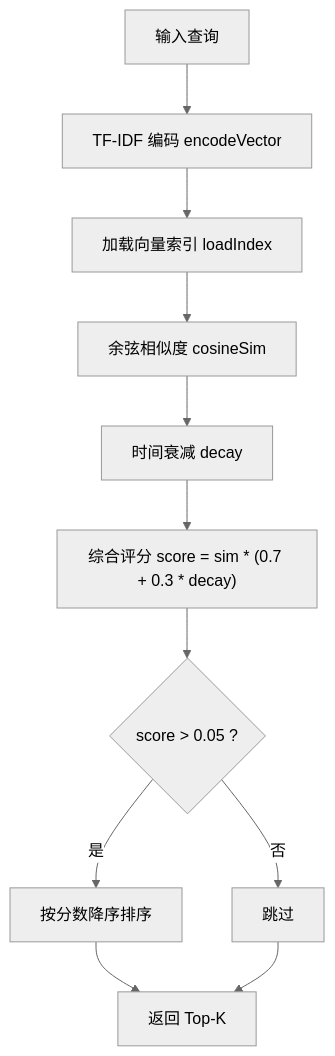
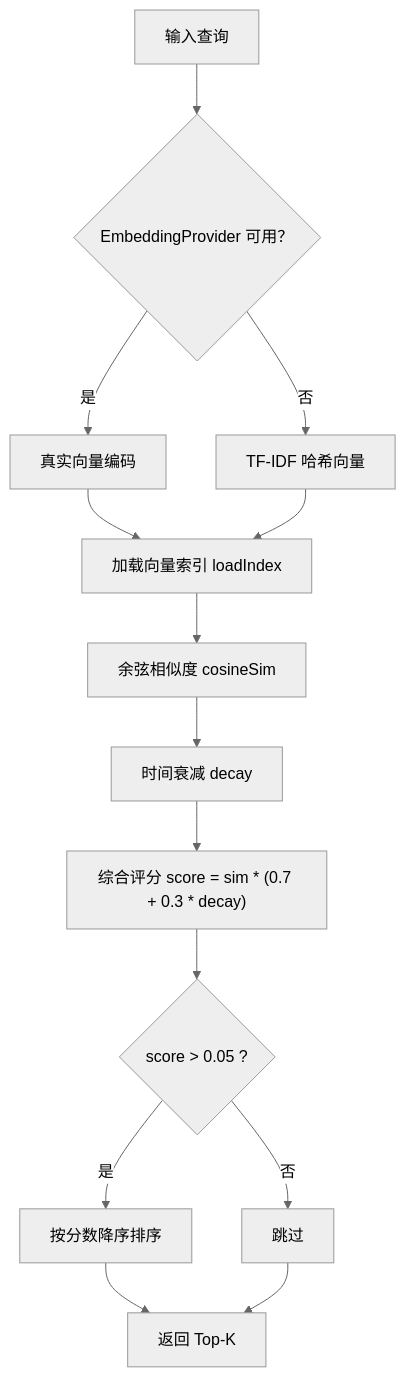
Before and after one commit to sofate798/KodrixCode: the fourth of 8 diagrams in .qoder/repowiki/zh/content/架构设计/代码库智能架构/代码库查询系统.md, drawn with Mermaid (neutral theme). The commit also changed other lines of this file and 4 other files, not shown here.

````diff
--- a/.qoder/repowiki/zh/content/架构设计/代码库智能架构/代码库查询系统.md
+++ b/.qoder/repowiki/zh/content/架构设计/代码库智能架构/代码库查询系统.md
@@ -204,13 +216,16 @@
 ```mermaid
 flowchart TD
-VStart["输入查询"] --> Encode["TF-IDF 编码 encodeVector"]
-Encode --> LoadIdx["加载向量索引 loadIndex"]
+VStart["输入查询"] --> CheckProvider{"EmbeddingProvider 可用？"}
+CheckProvider --> |是| RealEmbed["真实向量编码"]
+CheckProvider --> |否| TfidfEmbed["TF-IDF 哈希向量"]
+RealEmbed --> LoadIdx["加载向量索引 loadIndex"]
+TfidfEmbed --> LoadIdx
 LoadIdx --> Calc["余弦相似度 cosineSim"]
 Calc --> Decay["时间衰减 decay"]
 Decay --> Score["综合评分 score = sim * (0.7 + 0.3 * decay)"]
 Score --> Filter{"score > 0.05 ?"}
 Filter --> |是| Sort["按分数降序排序"]
 Filter --> |否| Skip["跳过"]
 Sort --> TopK["返回 Top-K"]
 Skip --> TopK
 ```
````
